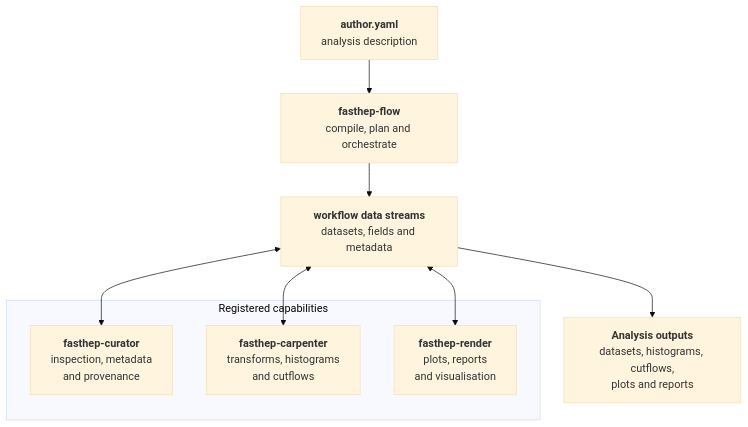
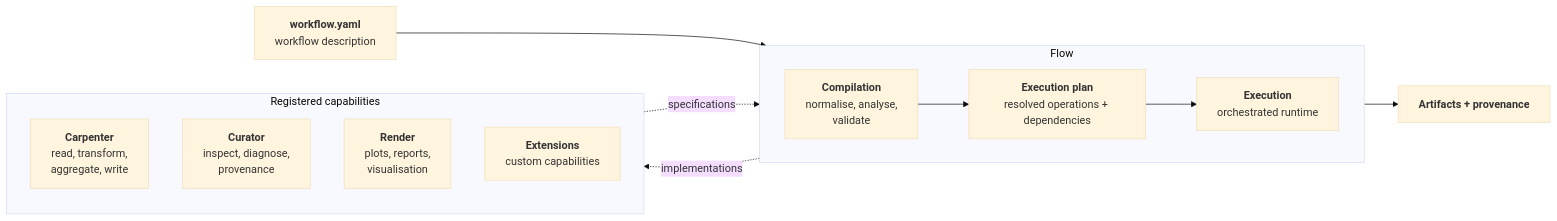
Before and after one commit to FAST-HEP/fast-hep.github.io: the second of 2 diagrams in content/_index.md, drawn with Mermaid (base theme). The commit also changed other lines of this file, not shown here.

````diff
--- a/content/_index.md
+++ b/content/_index.md
@@ -30,25 +42,30 @@
 ```mermaid
-flowchart TD
+flowchart LR
+    Workflow["<b>workflow.yaml</b><br/>workflow description"]:::input
 
-    Author["<b>author.yaml</b><br/>analysis description"]
-    Flow["<b>fasthep-flow</b><br/>compile, plan and orchestrate"]
+    subgraph FlowSystem["Flow"]
+        direction LR
+        Compile["<b>Compilation</b><br/>normalise, analyse,<br/>validate"]:::flow
+        Plan["<b>Execution plan</b><br/>resolved operations + dependencies"]:::plan
+        Runtime["<b>Execution</b><br/>orchestrated runtime"]:::runtime
 
-    Stream["<b>workflow data streams</b><br/>datasets, fields and metadata"]
+        Compile --> Plan --> Runtime
+    end
 
     subgraph Capabilities["Registered capabilities"]
-        Curator["<b>fasthep-curator</b><br/>inspection, metadata<br/>and provenance"]
-        Carpenter["<b>fasthep-carpenter</b><br/>transforms, histograms<br/>and cutflows"]
-        Render["<b>fasthep-render</b><br/>plots, reports<br/>and visualisation"]
+        direction TB
+        Carpenter["<b>Carpenter</b><br/>read, transform,<br/>aggregate, write"]:::capability
+        Curator["<b>Curator</b><br/>inspect, diagnose,<br/>provenance"]:::capability
+        Render["<b>Render</b><br/>plots, reports,<br/>visualisation"]:::capability
+        Extensions["<b>Extensions</b><br/>custom capabilities"]:::capability
     end
 
-    Outputs["<b>Analysis outputs</b><br/>datasets, histograms, cutflows,<br/>plots and reports"]
+    Artifacts["<b>Artifacts + provenance</b>"]:::artifact
 
-    Author --> Flow
-    Flow --> Stream
+    Workflow --> Compile
 
-    Stream <--> Curator
-    Stream <--> Carpenter
-    Stream <--> Render
+    Capabilities -. "specifications" .-> Compile
+    Runtime -. "implementations" .-> Capabilities
 
-    Stream --> Outputs
+    Runtime --> Artifacts
 ```
````
